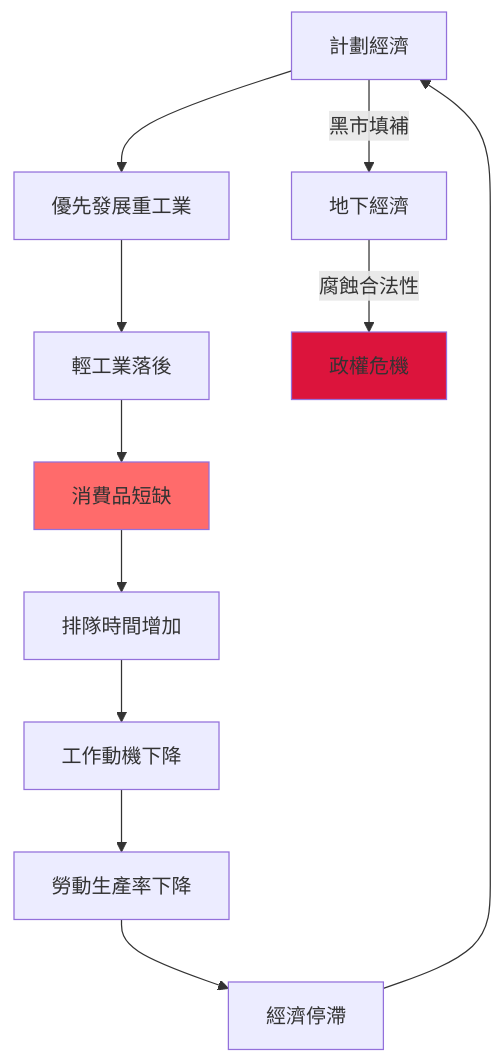
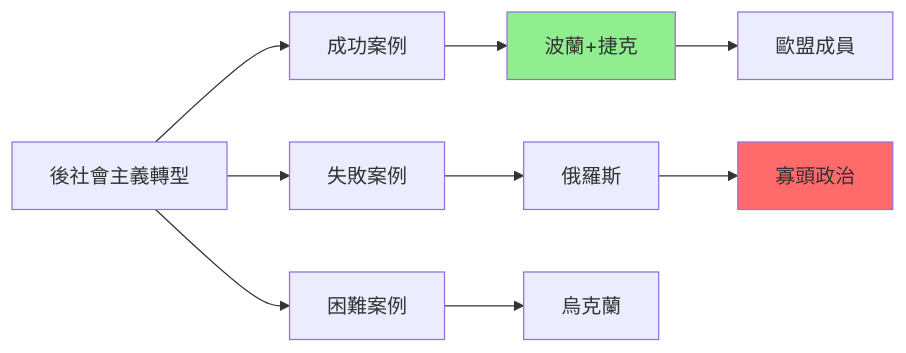
One commit to yip-lgtm/HKU-Harvard-History-Self-Study changed the eighth of 10 diagrams in 01_HKU_Courses/HIST2152_Late_socialism.md. Above: the diagram before and after it, drawn with Mermaid. The commit also changed other lines of this file and 7 other files, not shown here.

````diff
--- a/01_HKU_Courses/HIST2152_Late_socialism.md
+++ b/01_HKU_Courses/HIST2152_Late_socialism.md
@@ -241,15 +306,13 @@
 ```mermaid
-graph TD
-    A["計劃經濟"] --> B["優先發展重工業"]
-    B --> C["輕工業落後"]
-    C --> D["消費品短缺"]
-    D --> E["排隊時間增加"]
-    E --> F["工作動機下降"]
-    F --> G["勞動生產率下降"]
-    G --> H["經濟停滯"]
-    H --> A
-    A -->|"黑市填補"| I["地下經濟"]
-    I -->|"腐蝕合法性"| J["政權危機"]
-    style D fill:#FF6B6B
-    style J fill:#DC143C
+graph LR
+    A["後社會主義轉型"] --> B["成功案例"]
+    A --> C["失敗案例"]
+    A --> D["困難案例"]
+    B --> E["波蘭+捷克"]
+    C --> F["俄羅斯"]
+    D --> G["烏克蘭"]
+    E --> H["歐盟成員"]
+    F --> I["寡頭政治"]
+    style E fill:#90EE90
+    style I fill:#FF6B6B
 ```
````
